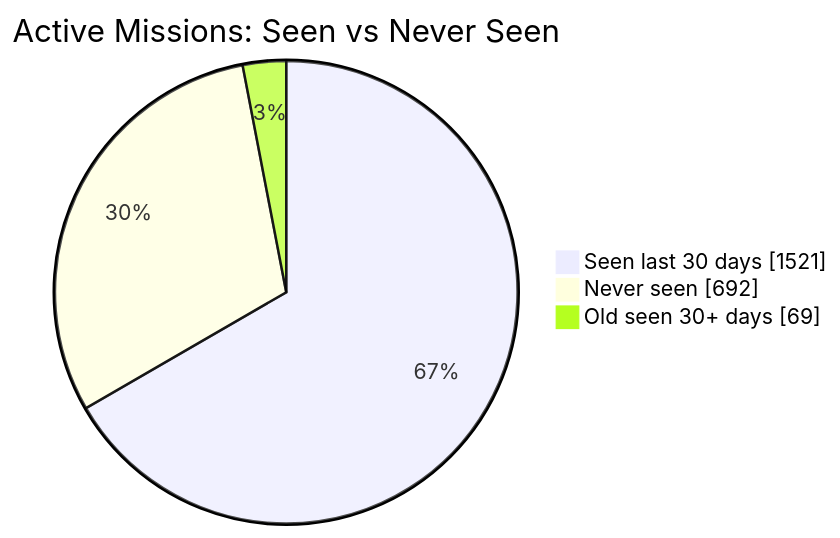
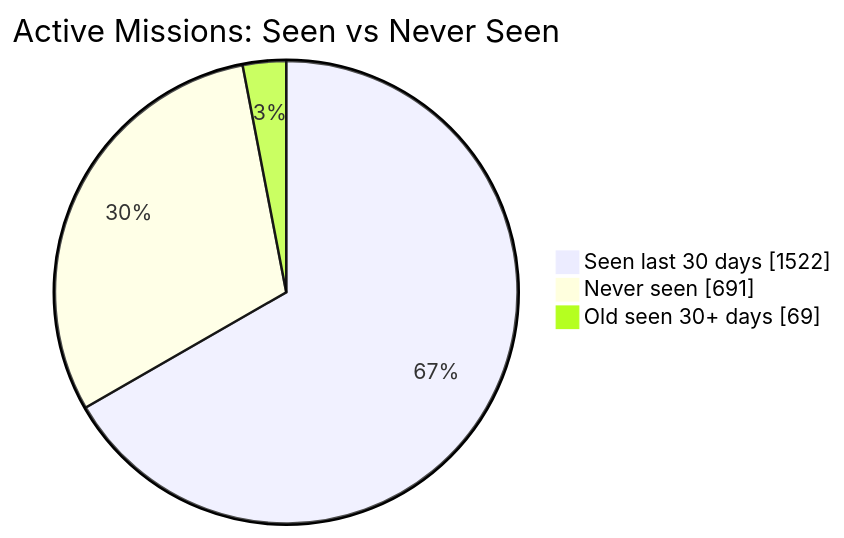
The first of 2 diagrams in README.md (MeldkamerspelGameTeam/active-missions), drawn with Mermaid before and after one commit. The commit also changed other lines of this file and 2 other files, not shown here.

````diff
--- a/README.md
+++ b/README.md
@@ -34,7 +34,7 @@
 ```mermaid
 pie showData
     title Active Missions: Seen vs Never Seen
-    "Seen last 30 days" : 1521
-    "Never seen" : 692
+    "Seen last 30 days" : 1522
+    "Never seen" : 691
     "Old seen 30+ days" : 69
 ```
````
